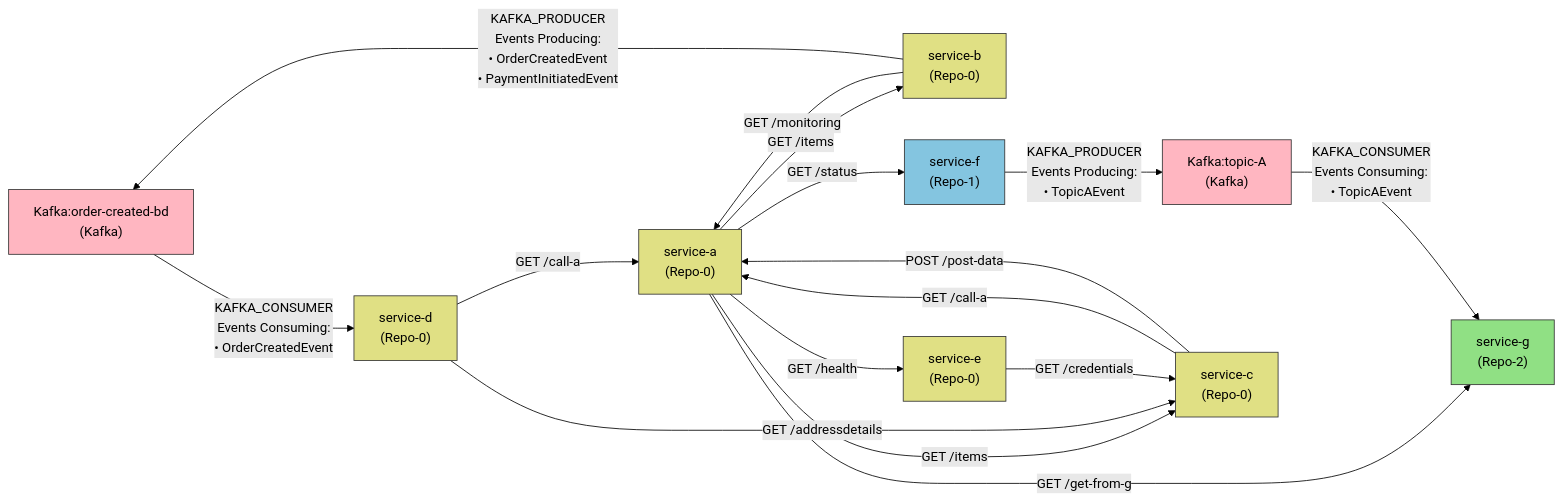
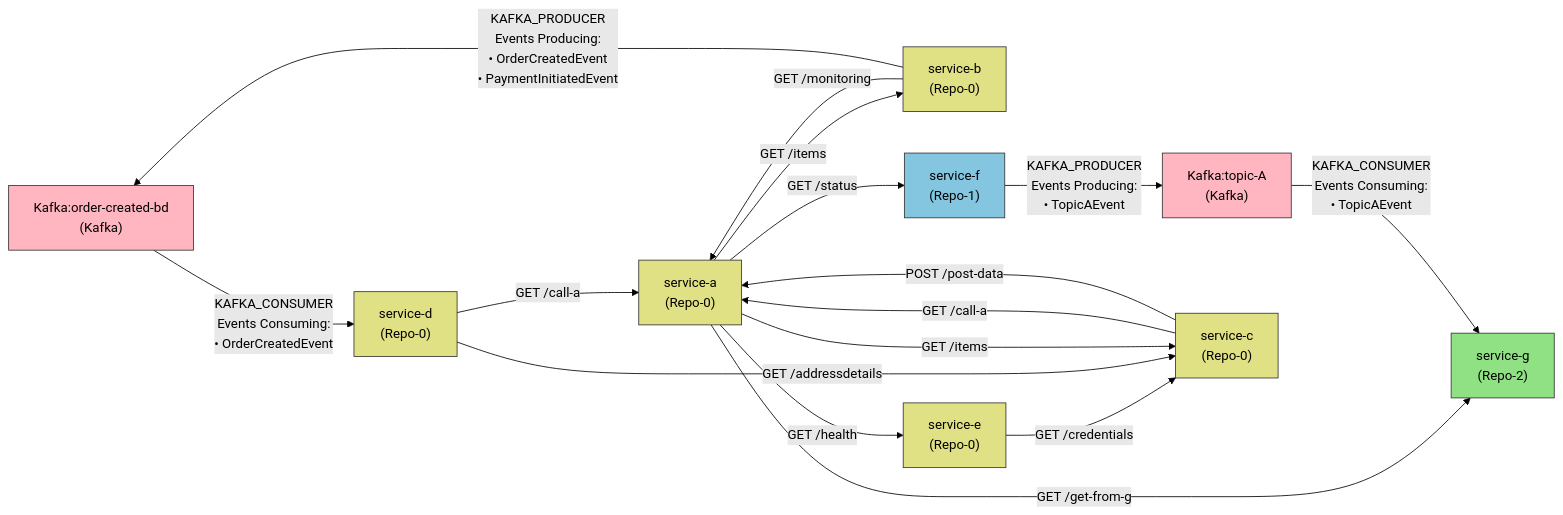
One commit to lokesh0507/First_project changed the diagram in output/deps.md. Above: the diagram before and after it, drawn with Mermaid (forest theme). The commit also changed other lines of this file and 1 other file, not shown here.

Commit message:
Auto-update dependency graph

````diff
--- a/output/deps.md
+++ b/output/deps.md
@@ -1,47 +1,47 @@
 ```mermaid
 graph LR
 classDef Kafka fill:#FFB6C1,stroke:#333,color:#000
 classDef Repo_0 fill:#E0E084,stroke:#333,color:#000
 classDef Repo_1 fill:#84C5E0,stroke:#333,color:#000
 classDef Repo_2 fill:#90E084,stroke:#333,color:#000
 
   Kafka_order_created_bd["Kafka:order-created-bd
 (Kafka)"]
   Kafka_topic_A["Kafka:topic-A
 (Kafka)"]
   service_a["service-a
 (Repo-0)"]
   service_b["service-b
 (Repo-0)"]
   service_c["service-c
 (Repo-0)"]
   service_d["service-d
 (Repo-0)"]
   service_e["service-e
 (Repo-0)"]
   service_f["service-f
 (Repo-1)"]
   service_g["service-g
 (Repo-2)"]
 
+  service_e -->|GET /credentials| service_c
+  service_d -->|GET /call-a| service_a
+  service_d -->|GET /addressdetails| service_c
   service_a -->|GET /items| service_b
   service_a -->|GET /items| service_c
   service_a -->|GET /health| service_e
   service_a -->|GET /get-from-g| service_g
   service_a -->|GET /status| service_f
-  service_b -->|GET /monitoring| service_a
   service_c -->|GET /call-a| service_a
   service_c -->|POST /post-data| service_a
-  service_d -->|GET /call-a| service_a
-  service_d -->|GET /addressdetails| service_c
-  service_e -->|GET /credentials| service_c
+  service_b -->|GET /monitoring| service_a
+  Kafka_order_created_bd -->|"KAFKA_CONSUMER<br/>Events Consuming:<br/>• OrderCreatedEvent"| service_d
   service_b -->|"KAFKA_PRODUCER<br/>Events Producing:<br/>• OrderCreatedEvent<br/>• PaymentInitiatedEvent"| Kafka_order_created_bd
-  Kafka_order_created_bd -->|"KAFKA_CONSUMER<br/>Events Consuming:<br/>• OrderCreatedEvent"| service_d
+  Kafka_topic_A -->|"KAFKA_CONSUMER<br/>Events Consuming:<br/>• TopicAEvent"| service_g
   service_f -->|"KAFKA_PRODUCER<br/>Events Producing:<br/>• TopicAEvent"| Kafka_topic_A
-  Kafka_topic_A -->|"KAFKA_CONSUMER<br/>Events Consuming:<br/>• TopicAEvent"| service_g
 
 class Kafka_order_created_bd,Kafka_topic_A Kafka
 class service_a,service_b,service_c,service_d,service_e Repo_0
 class service_f Repo_1
 class service_g Repo_2
 ```
````
